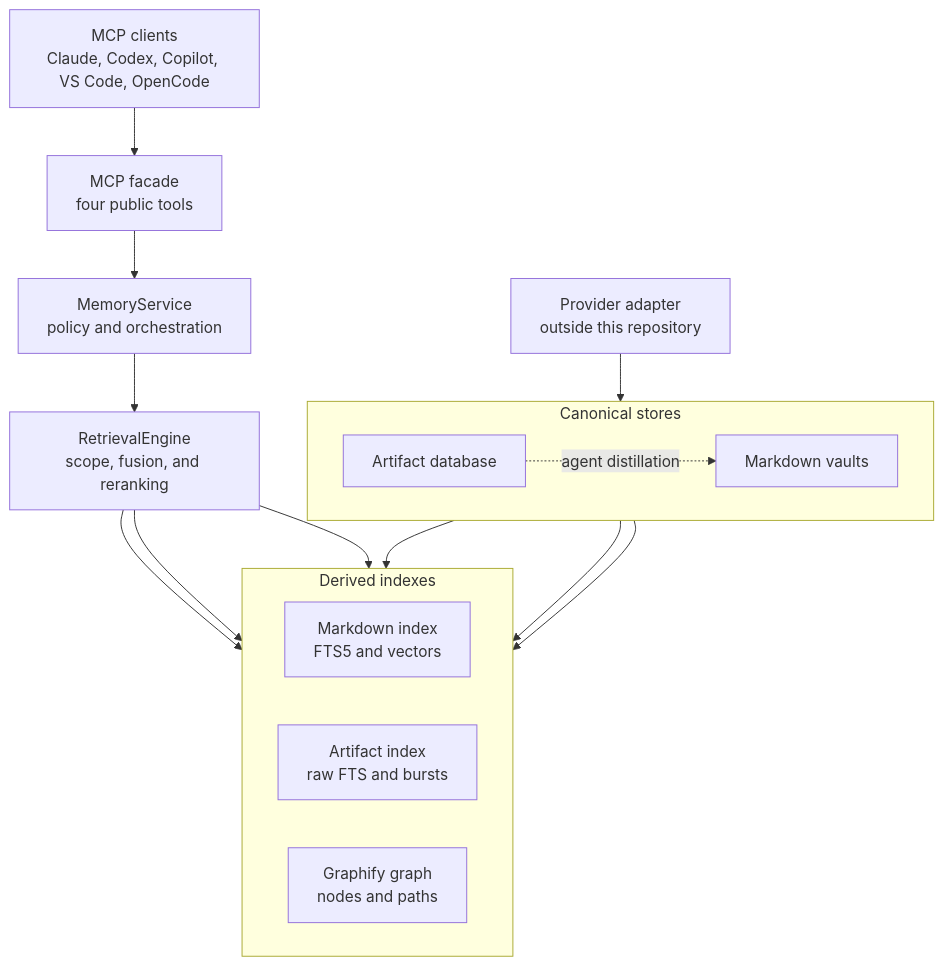
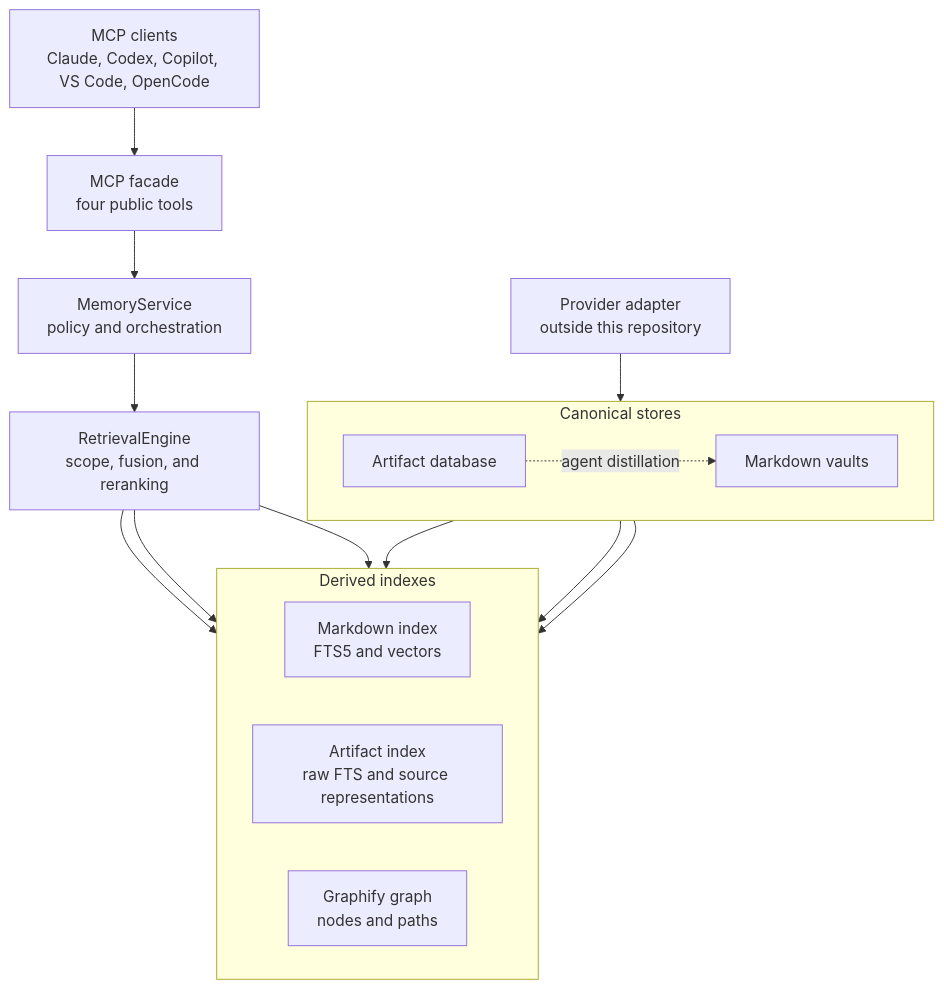
Before and after one commit to moorej2400/ai-memory-mcp: the first of 3 diagrams in README.md, drawn with Mermaid. The commit also changed other lines of this file and 59 other files, not shown here.

````diff
--- a/README.md
+++ b/README.md
@@ -33,34 +34,34 @@
 ```mermaid
 flowchart TB
     Clients["MCP clients<br/>Claude, Codex, Copilot, VS Code, OpenCode"]
     Facade["MCP facade<br/>four public tools"]
     Service["MemoryService<br/>policy and orchestration"]
     Engine["RetrievalEngine<br/>scope, fusion, and reranking"]
 
     subgraph Derived["Derived indexes"]
         direction LR
         MdIndex["Markdown index<br/>FTS5 and vectors"]
-        ArtIndex["Artifact index<br/>raw FTS and bursts"]
+        ArtIndex["Artifact index<br/>raw FTS and source representations"]
         Graph["Graphify graph<br/>nodes and paths"]
     end
 
     subgraph Canonical["Canonical stores"]
         direction LR
         Vaults["Markdown vaults"]
         Store["Artifact database"]
     end
 
     Provider["Provider adapter<br/>outside this repository"]
 
     Clients --> Facade
     Facade --> Service
     Service --> Engine
     Engine --> MdIndex
     Engine --> ArtIndex
     Engine --> Graph
     Vaults --> MdIndex
     Vaults --> Graph
     Store --> ArtIndex
     Provider --> Store
     Store -. agent distillation .-> Vaults
 ```
````
